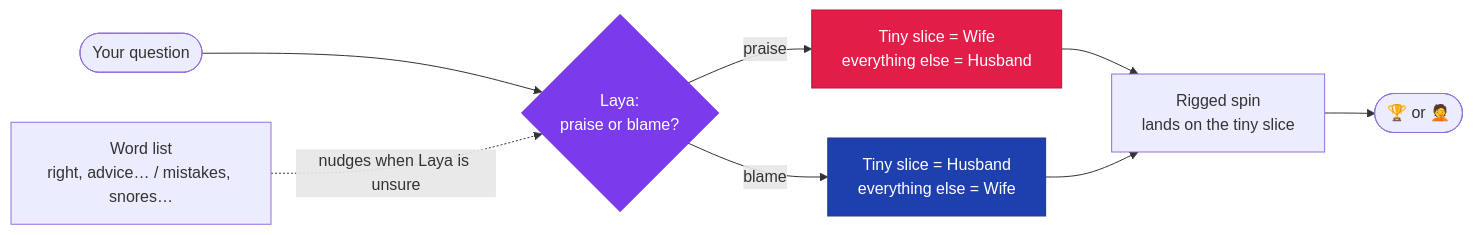
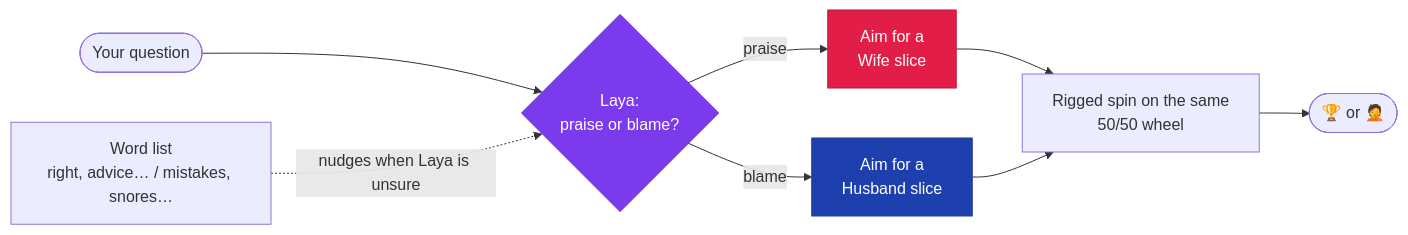
One commit to RehmanaliMomin/rigged-wheel changed the diagram in README.md. Above: the diagram before and after it, drawn with Mermaid. The commit also changed other lines of this file and 5 other files, not shown here.

First line of the commit message:
Even 50/50 wheel that never changes, compact question ideas, spin waits for Laya

````diff
--- a/README.md
+++ b/README.md
@@ -76,13 +77,13 @@
 ```mermaid
 flowchart LR
     Q([Your question]) --> L{Laya:<br/>praise or blame?}
     W[Word list<br/>right, advice… / mistakes, snores…] -. nudges when Laya is unsure .-> L
-    L -->|praise| G[Tiny slice = Wife<br/>everything else = Husband]
-    L -->|blame| B[Tiny slice = Husband<br/>everything else = Wife]
-    G --> S[Rigged spin<br/>lands on the tiny slice]
+    L -->|praise| G[Aim for a<br/>Wife slice]
+    L -->|blame| B[Aim for a<br/>Husband slice]
+    G --> S[Rigged spin on the same<br/>50/50 wheel]
     B --> S
     S --> R([🏆 or 🤦])
     style G fill:#e11d48,color:#fff,stroke:#be123c
     style B fill:#1e40af,color:#fff,stroke:#1e3a8a
     style L fill:#7c3aed,color:#fff,stroke:#6d28d9
 ```
````
